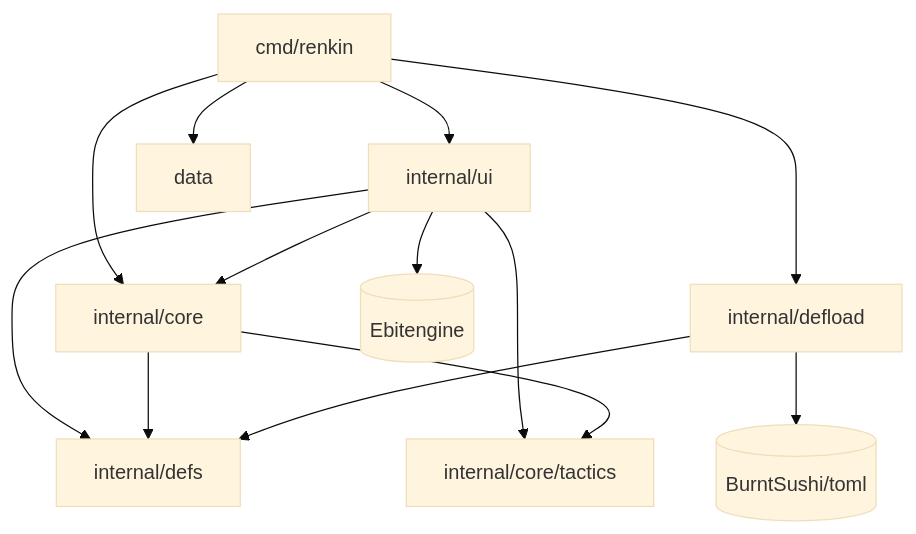
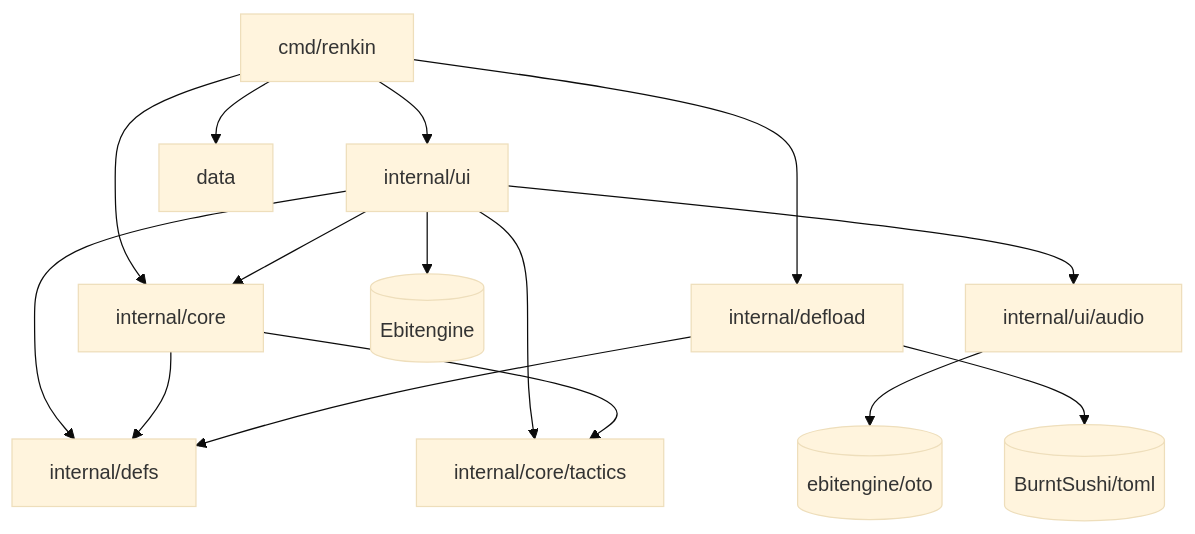
Before and after one commit to sakana396/renkin_tactics: the first of 6 diagrams in docs/03_design/design-it01.md, drawn with Mermaid (base theme). The commit also changed other lines of this file and 12 other files, not shown here.

````diff
--- a/docs/03_design/design-it01.md
+++ b/docs/03_design/design-it01.md
@@ -26,15 +26,17 @@
 ```mermaid
 flowchart TB
   MAIN[cmd/renkin] --> UI[internal/ui]
   MAIN --> DEFLOAD[internal/defload]
   MAIN --> DATA[data]
   MAIN --> CORE[internal/core]
   UI --> CORE
   UI --> TACTICS[internal/core/tactics]
   UI --> DEFS[internal/defs]
   CORE --> DEFS
   CORE --> TACTICS
   DEFLOAD --> DEFS
   UI --> EBI[(Ebitengine)]
+  UI --> AUDIO[internal/ui/audio]
+  AUDIO --> OTO[(ebitengine/oto)]
   DEFLOAD --> TOML[(BurntSushi/toml)]
 ```
````
